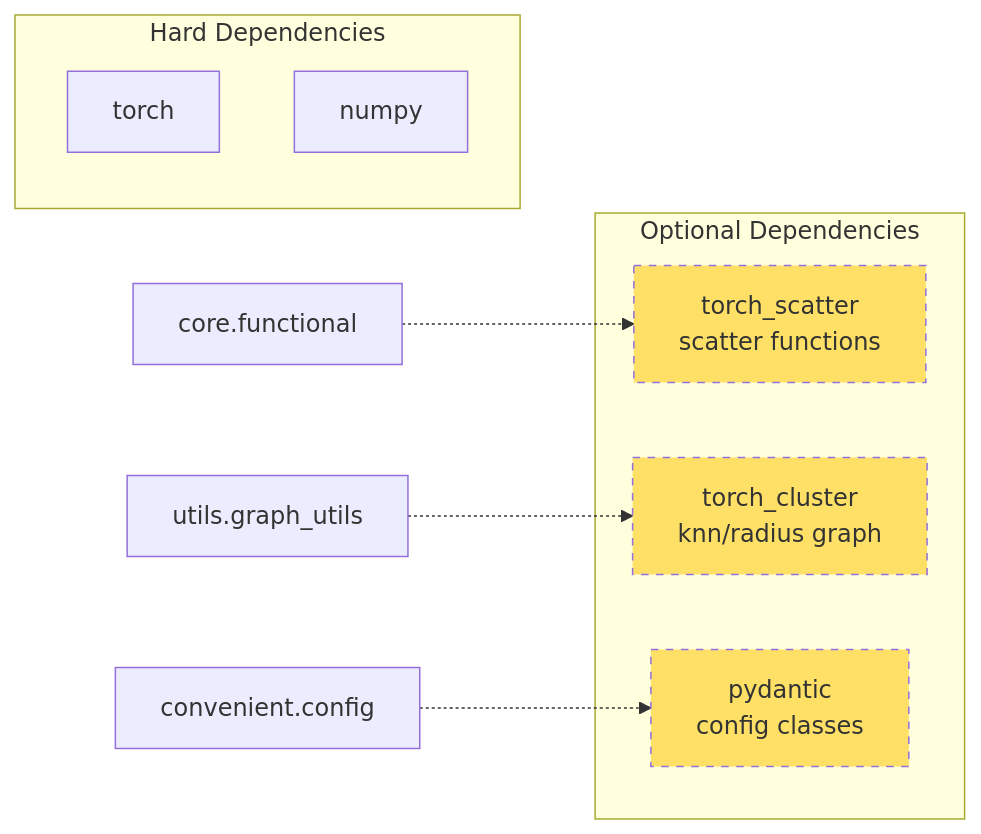
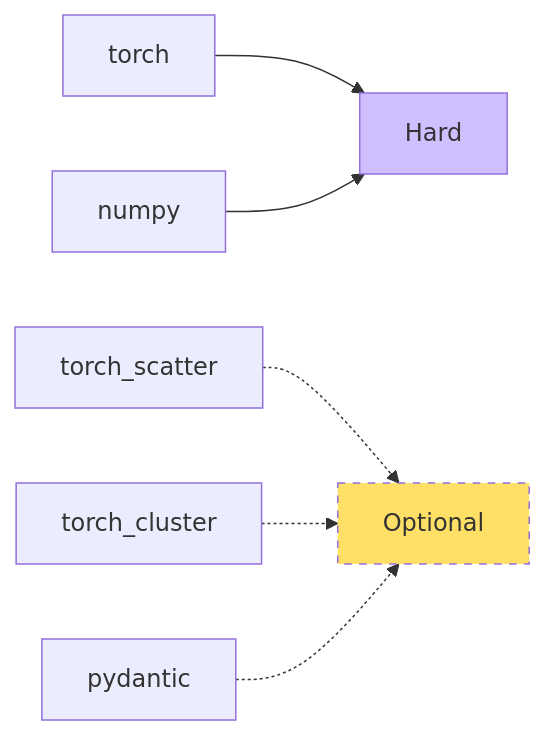
One commit to algorithmx/gnn_pde_v2 changed the third of 3 diagrams in docs/architecture-dependencies.md. Above: the diagram before and after it, drawn with Mermaid. The commit also changed other lines of this file and 2 other files, not shown here.

````diff
--- a/docs/architecture-dependencies.md
+++ b/docs/architecture-dependencies.md
@@ -349,21 +331,11 @@
 ```mermaid
 graph LR
-    subgraph "Hard Dependencies"
-        TORCH[torch]
-        NUMPY[numpy]
-    end
+    TORCH[torch] --> HARD[Hard]
+    NUMPY[numpy] --> HARD
+    SCATTER[torch_scatter] -.-> OPT[Optional]
+    CLUSTER[torch_cluster] -.-> OPT
+    PYDANTIC[pydantic] -.-> OPT
 
-    subgraph "Optional Dependencies"
-        SCATTER[torch_scatter<br/>scatter functions]
-        CLUSTER[torch_cluster<br/>knn/radius graph]
-        PYDANTIC[pydantic<br/>config classes]
-    end
-
-    FUNC[core.functional] -.-> SCATTER
-    GRAPH_UTILS[utils.graph_utils] -.-> CLUSTER
-    CONFIG[convenient.config] -.-> PYDANTIC
-
-    style SCATTER fill:#ffe066,stroke-dasharray: 5 5
-    style CLUSTER fill:#ffe066,stroke-dasharray: 5 5
-    style PYDANTIC fill:#ffe066,stroke-dasharray: 5 5
+    style HARD fill:#d0bfff
+    style OPT fill:#ffe066,stroke-dasharray: 5 5
 ```
````
